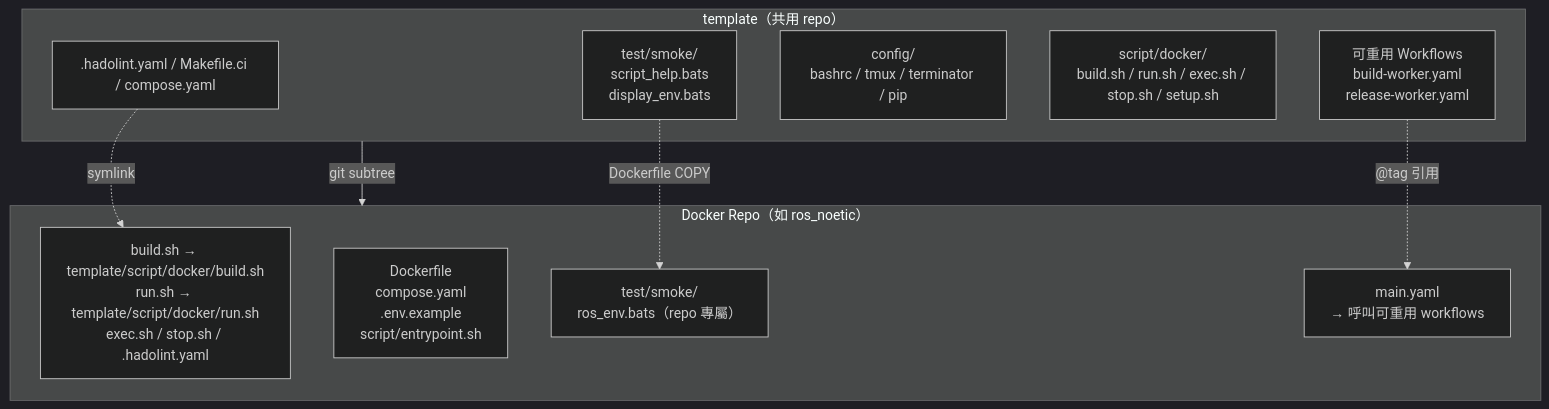
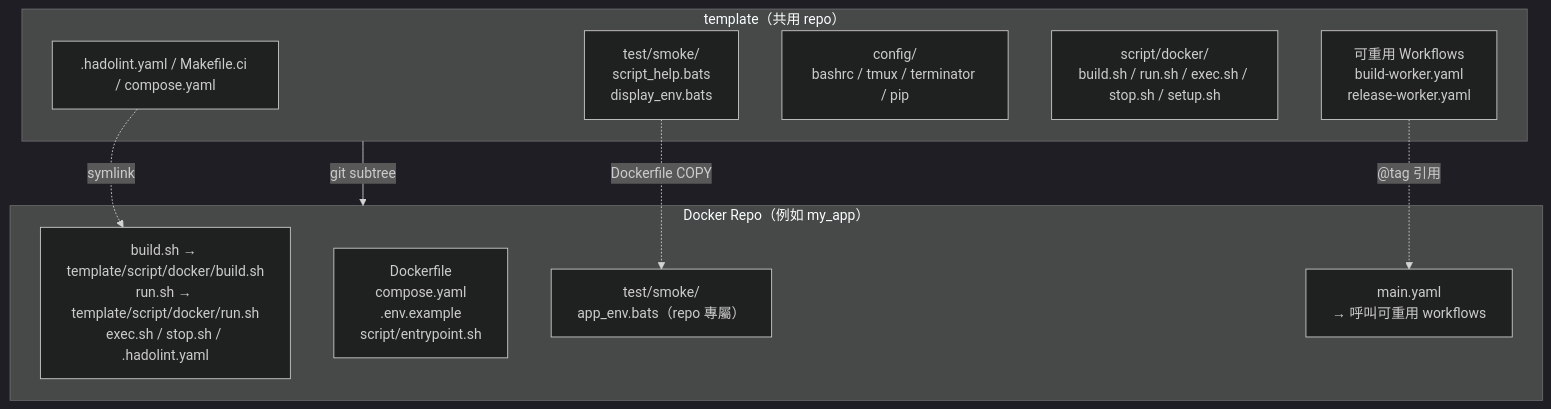
Before and after one commit to ycpss91255-docker/base: the first of 2 diagrams in doc/readme/README.zh-TW.md, drawn with Mermaid (dark theme). The commit also changed other lines of this file and 11 other files, not shown here.

````diff
--- a/doc/readme/README.zh-TW.md
+++ b/doc/readme/README.zh-TW.md
@@ -56,22 +56,22 @@
 ```mermaid
 graph TB
     subgraph template["template（共用 repo）"]
         scripts[".hadolint.yaml / Makefile.ci / compose.yaml"]
         smoke["test/smoke/<br/>script_help.bats<br/>display_env.bats"]
         config["config/<br/>bashrc / tmux / terminator / pip"]
         mgmt["script/docker/<br/>build.sh / run.sh / exec.sh / stop.sh / setup.sh"]
         workflows["可重用 Workflows<br/>build-worker.yaml<br/>release-worker.yaml"]
     end
 
-    subgraph consumer["Docker Repo（如 ros_noetic）"]
+    subgraph consumer["Docker Repo（例如 my_app）"]
         symlinks["build.sh → template/script/docker/build.sh<br/>run.sh → template/script/docker/run.sh<br/>exec.sh / stop.sh / .hadolint.yaml"]
         dockerfile["Dockerfile<br/>compose.yaml<br/>.env.example<br/>script/entrypoint.sh"]
-        repo_test["test/smoke/<br/>ros_env.bats（repo 專屬）"]
+        repo_test["test/smoke/<br/>app_env.bats（repo 專屬）"]
         main_yaml["main.yaml<br/>→ 呼叫可重用 workflows"]
     end
 
     template -- "git subtree" --> consumer
     scripts -. "symlink" .-> symlinks
     smoke -. "Dockerfile COPY" .-> repo_test
     workflows -. "@tag 引用" .-> main_yaml
 ```
````
